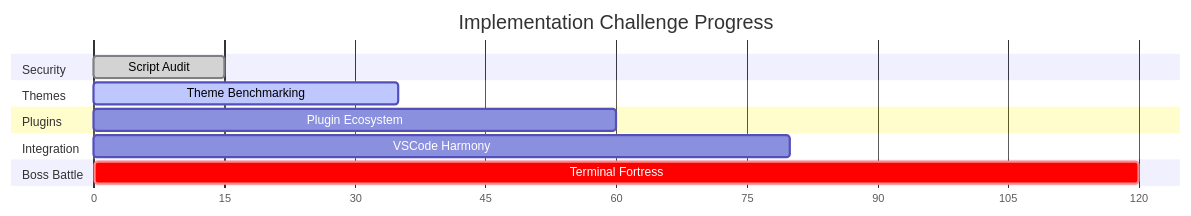
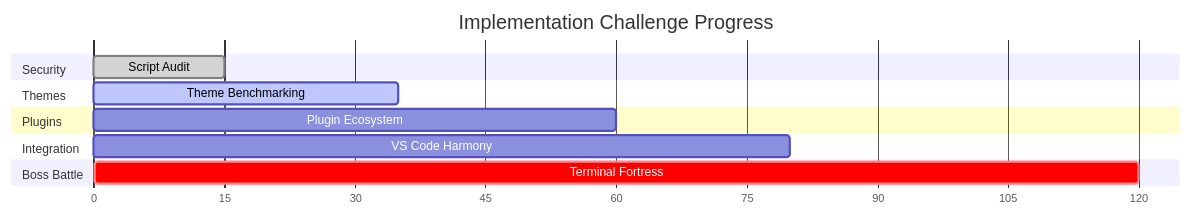
The third of 7 diagrams in docs/it-journey/pages/_quests/0010/oh-my-zsh-terminal-enchantment.md (bamr87/README), drawn with Mermaid before and after one commit. The commit also changed other lines of this file and 911 other files, not shown here.

````diff
--- a/docs/it-journey/pages/_quests/0010/oh-my-zsh-terminal-enchantment.md
+++ b/docs/it-journey/pages/_quests/0010/oh-my-zsh-terminal-enchantment.md
@@ -890,21 +865,21 @@
 ```mermaid
 gantt
     title Implementation Challenge Progress
     dateFormat X
     axisFormat %s
     
     section Security
     Script Audit           :done, ch1, 0, 15
     
     section Themes
     Theme Benchmarking     :active, ch2, 15, 35
     
     section Plugins
     Plugin Ecosystem       :ch3, 35, 60
     
     section Integration
-    VSCode Harmony         :ch4, 60, 80
+    VS Code Harmony         :ch4, 60, 80
     
     section Boss Battle
     Terminal Fortress       :crit, boss, 80, 120
 ```
````
